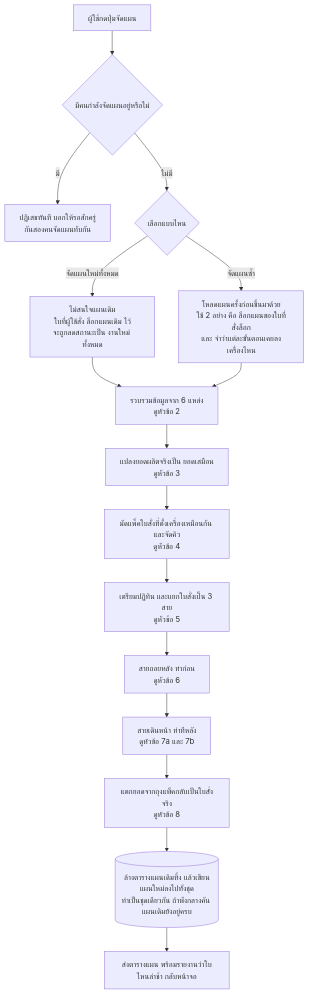
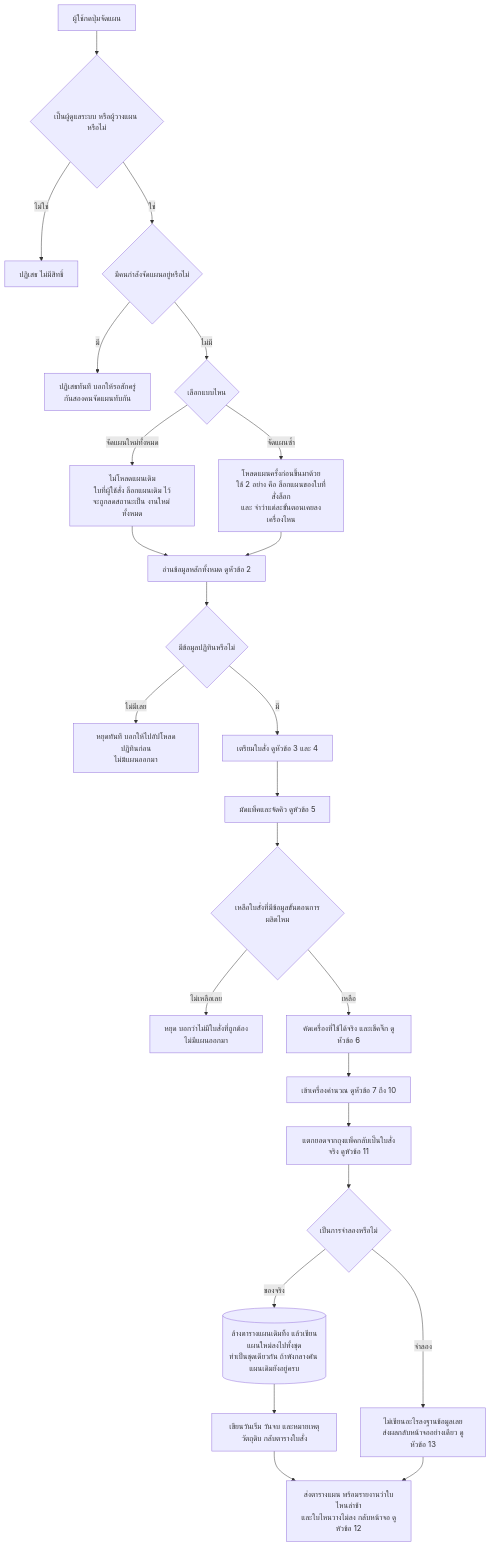
Before and after one commit to kornt-alt/mse-pc-auto-plan: the first of 14 diagrams in backend/docs/SCHEDULER_FLOW.md, drawn with Mermaid. The commit also changed other lines of this file, not shown here.

````diff
--- a/backend/docs/SCHEDULER_FLOW.md
+++ b/backend/docs/SCHEDULER_FLOW.md
@@ -42,19 +45,31 @@
 ```mermaid
 flowchart TD
-    A["ผู้ใช้กดปุ่มจัดแผน"] --> LOCK{"มีคนกำลังจัดแผนอยู่หรือไม่"}
+    A["ผู้ใช้กดปุ่มจัดแผน"] --> ROLE{"เป็นผู้ดูแลระบบ หรือผู้วางแผน หรือไม่"}
+    ROLE -->|"ไม่ใช่"| DENY["ปฏิเสธ ไม่มีสิทธิ์"]
+    ROLE -->|"ใช่"| LOCK{"มีคนกำลังจัดแผนอยู่หรือไม่"}
     LOCK -->|"มี"| WAIT["ปฏิเสธทันที บอกให้รอสักครู่<br/>กันสองคนจัดแผนทับกัน"]
     LOCK -->|"ไม่มี"| B{"เลือกแบบไหน"}
-    B -->|"จัดแผนใหม่ทั้งหมด"| C["ไม่สนใจแผนเดิม<br/>ใบที่ผู้ใช้สั่ง ล็อกแผนเดิม ไว้<br/>จะถูกลดสถานะเป็น งานใหม่ ทั้งหมด"]
+
+    B -->|"จัดแผนใหม่ทั้งหมด"| C["ไม่โหลดแผนเดิม<br/>ใบที่ผู้ใช้สั่ง ล็อกแผนเดิม ไว้<br/>จะถูกลดสถานะเป็น งานใหม่ ทั้งหมด"]
     B -->|"จัดแผนซ้ำ"| D["โหลดแผนครั้งก่อนขึ้นมาด้วย<br/>ใช้ 2 อย่าง คือ ล็อกแผนของใบที่สั่งล็อก<br/>และ จำว่าแต่ละขั้นตอนเคยลงเครื่องไหน"]
 
-    C --> E["รวบรวมข้อมูลจาก 6 แหล่ง<br/>ดูหัวข้อ 2"]
+    C --> E["อ่านข้อมูลหลักทั้งหมด ดูหัวข้อ 2"]
     D --> E
-    E --> F["แปลงยอดผลิตจริงเป็น ยอดเสมือน<br/>ดูหัวข้อ 3"]
-    F --> G["มัดแพ็คใบสั่งที่ตั้งเครื่องเหมือนกัน และจัดคิว<br/>ดูหัวข้อ 4"]
-    G --> H["เตรียมปฏิทิน และแยกใบสั่งเป็น 3 สาย<br/>ดูหัวข้อ 5"]
-    H --> I["สายถอยหลัง ทำก่อน<br/>ดูหัวข้อ 6"]
-    I --> J["สายเดินหน้า ทำทีหลัง<br/>ดูหัวข้อ 7a และ 7b"]
-    J --> K["แตกยอดจากถุงแพ็คกลับเป็นใบสั่งจริง<br/>ดูหัวข้อ 8"]
-    K --> L[("ล้างตารางแผนเดิมทิ้ง แล้วเขียนแผนใหม่ลงไปทั้งชุด<br/>ทำเป็นชุดเดียวกัน ถ้าพังกลางคัน แผนเดิมยังอยู่ครบ")]
-    L --> M["ส่งตารางแผน พร้อมรายงานว่าใบไหนล่าช้า กลับหน้าจอ"]
+    E --> CHK{"มีข้อมูลปฏิทินหรือไม่"}
+    CHK -->|"ไม่มีเลย"| STOP1["หยุดทันที บอกให้ไปอัปโหลดปฏิทินก่อน<br/>ไม่มีแผนออกมา"]
+    CHK -->|"มี"| F["เตรียมใบสั่ง ดูหัวข้อ 3 และ 4"]
+
+    F --> G["มัดแพ็คและจัดคิว ดูหัวข้อ 5"]
+    G --> CHK2{"เหลือใบสั่งที่มีข้อมูลขั้นตอนการผลิตไหม"}
+    CHK2 -->|"ไม่เหลือเลย"| STOP2["หยุด บอกว่าไม่มีใบสั่งที่ถูกต้อง<br/>ไม่มีแผนออกมา"]
+    CHK2 -->|"เหลือ"| H["คัดเครื่องที่ใช้ได้จริง และเช็คจิ๊ก ดูหัวข้อ 6"]
+
+    H --> I["เข้าเครื่องคำนวณ ดูหัวข้อ 7 ถึง 10"]
+    I --> J["แตกยอดจากถุงแพ็คกลับเป็นใบสั่งจริง ดูหัวข้อ 11"]
+    J --> SIM{"เป็นการจำลองหรือไม่"}
+    SIM -->|"จำลอง"| SIMOUT["ไม่เขียนอะไรลงฐานข้อมูลเลย<br/>ส่งผลกลับหน้าจออย่างเดียว ดูหัวข้อ 13"]
+    SIM -->|"ของจริง"| SAVE[("ล้างตารางแผนเดิมทิ้ง แล้วเขียนแผนใหม่ลงไปทั้งชุด<br/>ทำเป็นชุดเดียวกัน ถ้าพังกลางคัน แผนเดิมยังอยู่ครบ")]
+    SAVE --> WB["เขียนวันเริ่ม วันจบ และหมายเหตุวัตถุดิบ กลับตารางใบสั่ง"]
+    WB --> OUT["ส่งตารางแผน พร้อมรายงานว่าใบไหนล่าช้า<br/>และใบไหนวางไม่ลง กลับหน้าจอ ดูหัวข้อ 12"]
+    SIMOUT --> OUT
 ```
````
